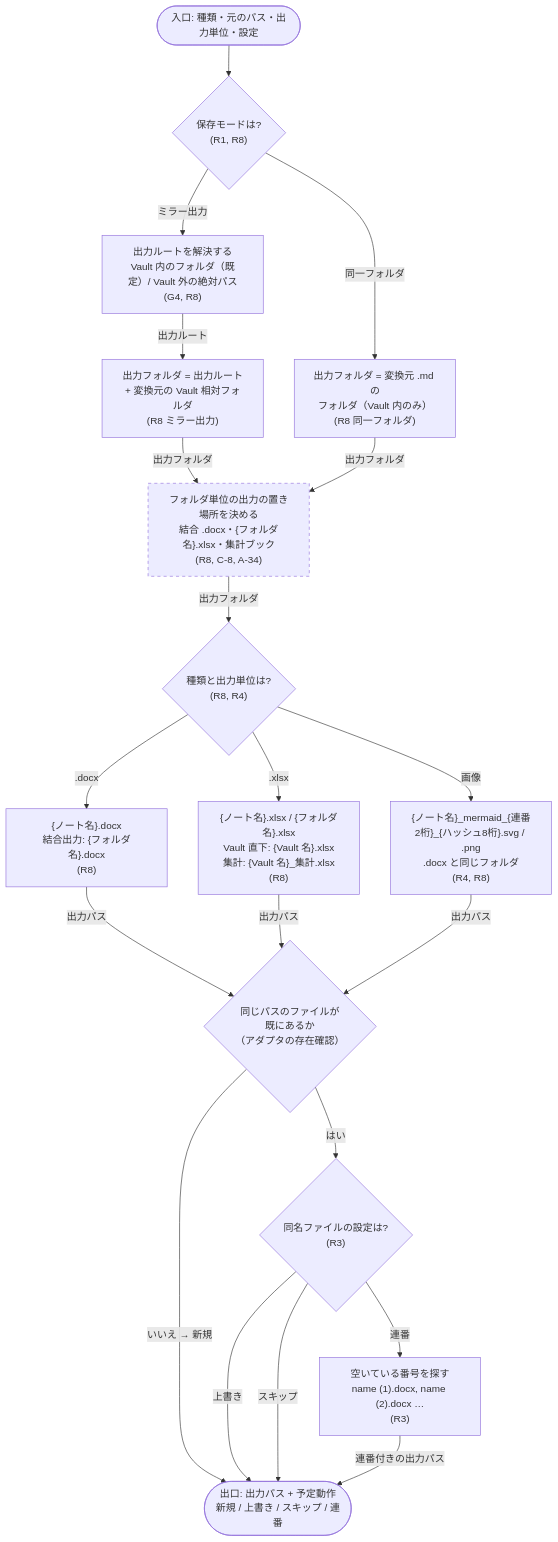
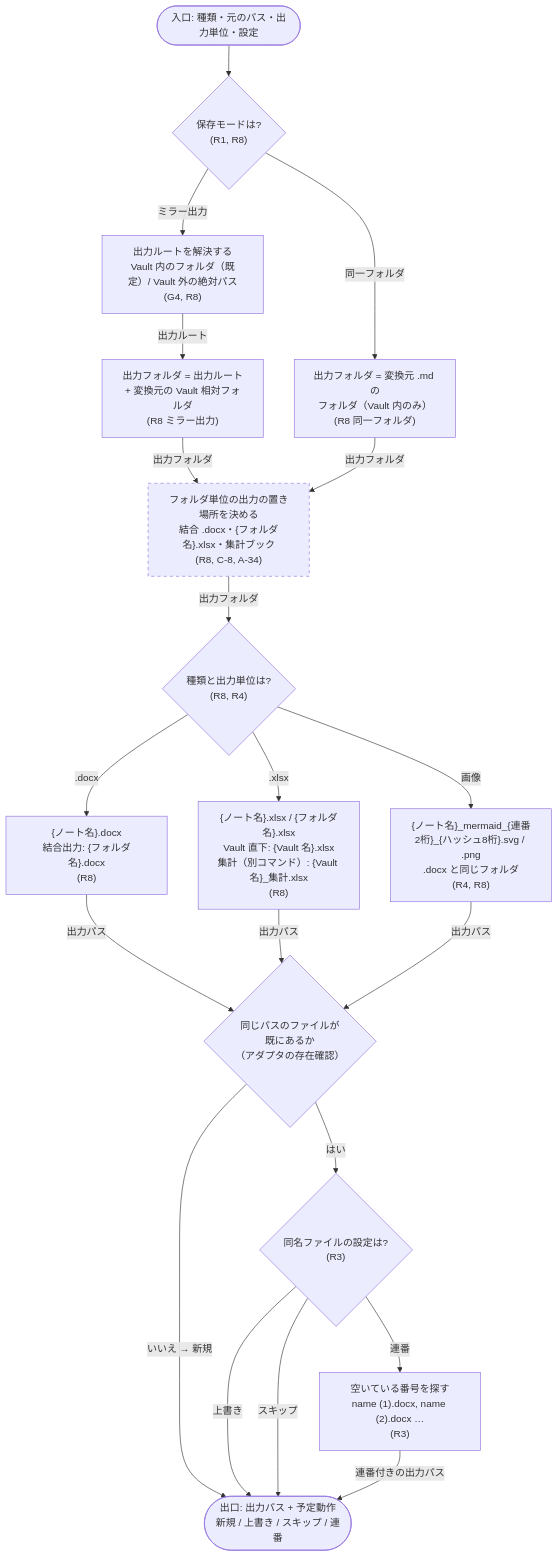
One commit to rakko1133/obsidian-md-to-office changed the second of 3 diagrams in docs/flows/09-write-file.md. Above: the diagram before and after it, drawn with Mermaid. The commit also changed other lines of this file and 9 other files, not shown here.

First line of the commit message:
docs: 10 本のフロー図を境界の決定に合わせて修正 (R3, R8)

````diff
--- a/docs/flows/09-write-file.md
+++ b/docs/flows/09-write-file.md
@@ -60,40 +63,40 @@
 ```mermaid
 flowchart TD
   A0(["入口: 種類・元のパス・出力単位・設定"])
   Mode{"保存モードは?<br/>(R1, R8)"}
   Root["出力ルートを解決する<br/>Vault 内のフォルダ（既定）/ Vault 外の絶対パス<br/>(G4, R8)"]
   Mirror["出力フォルダ = 出力ルート<br/>+ 変換元の Vault 相対フォルダ<br/>(R8 ミラー出力)"]
   Same["出力フォルダ = 変換元 .md の<br/>フォルダ（Vault 内のみ）<br/>(R8 同一フォルダ)"]
   Unit["フォルダ単位の出力の置き場所を決める<br/>結合 .docx・{フォルダ名}.xlsx・集計ブック<br/>(R8, C-8, A-34)"]
   Name{"種類と出力単位は?<br/>(R8, R4)"}
   NDocx["{ノート名}.docx<br/>結合出力: {フォルダ名}.docx<br/>(R8)"]
-  NXlsx["{ノート名}.xlsx / {フォルダ名}.xlsx<br/>Vault 直下: {Vault 名}.xlsx<br/>集計: {Vault 名}_集計.xlsx<br/>(R8)"]
+  NXlsx["{ノート名}.xlsx / {フォルダ名}.xlsx<br/>Vault 直下: {Vault 名}.xlsx<br/>集計（別コマンド）: {Vault 名}_集計.xlsx<br/>(R8)"]
   NImg["{ノート名}_mermaid_{連番2桁}_{ハッシュ8桁}.svg / .png<br/>.docx と同じフォルダ<br/>(R4, R8)"]
   Exists{"同じパスのファイルが<br/>既にあるか<br/>（アダプタの存在確認）"}
   Policy{"同名ファイルの設定は?<br/>(R3)"}
   Seq["空いている番号を探す<br/>name (1).docx, name (2).docx …<br/>(R3)"]
   A9(["出口: 出力パス + 予定動作<br/>新規 / 上書き / スキップ / 連番"])
 
   A0 --> Mode
   Mode -->|"ミラー出力"| Root
   Root -->|"出力ルート"| Mirror
   Mode -->|"同一フォルダ"| Same
   Mirror -->|"出力フォルダ"| Unit
   Same -->|"出力フォルダ"| Unit
   Unit -->|"出力フォルダ"| Name
   Name -->|".docx"| NDocx
   Name -->|".xlsx"| NXlsx
   Name -->|"画像"| NImg
   NDocx -->|"出力パス"| Exists
   NXlsx -->|"出力パス"| Exists
   NImg -->|"出力パス"| Exists
   Exists -->|"いいえ → 新規"| A9
   Exists -->|"はい"| Policy
   Policy -->|"上書き"| A9
   Policy -->|"スキップ"| A9
   Policy -->|"連番"| Seq
   Seq -->|"連番付きの出力パス"| A9
 
   classDef undecided stroke-dasharray: 5 5
   class Unit undecided
 ```
````
